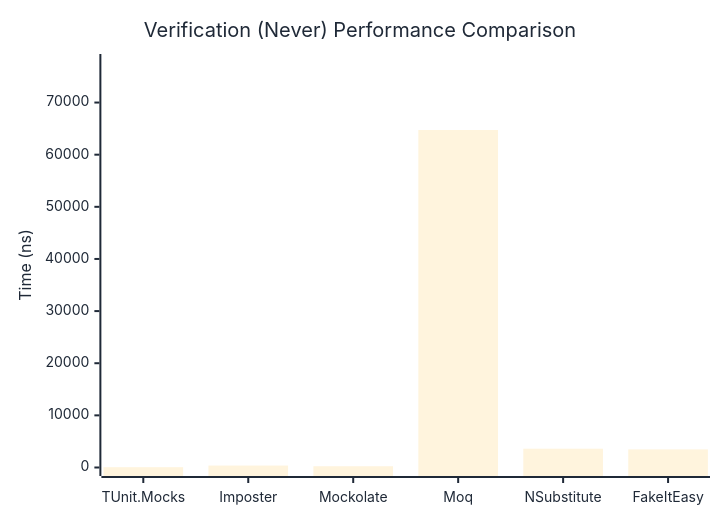
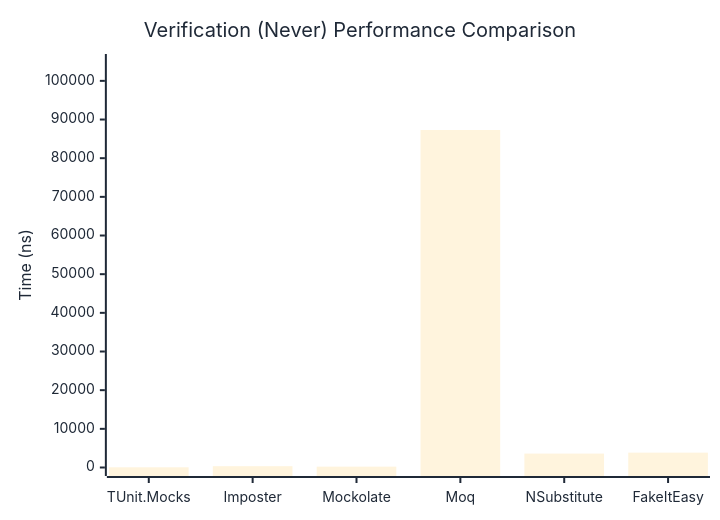
Before and after one commit to thomhurst/TUnit: the second of 3 diagrams in docs/docs/benchmarks/mocks/Verification.md, drawn with Mermaid. The commit also changed other lines of this file and 14 other files, not shown here.

````diff
--- a/docs/docs/benchmarks/mocks/Verification.md
+++ b/docs/docs/benchmarks/mocks/Verification.md
@@ -69,27 +69,27 @@
 ```mermaid
 %%{init: {
   'theme':'base',
   'themeVariables': {
     'primaryColor': '#2563eb',
     'primaryTextColor': '#1f2937',
     'primaryBorderColor': '#1e40af',
     'lineColor': '#6b7280',
     'secondaryColor': '#7c3aed',
     'tertiaryColor': '#dc2626',
     'background': '#ffffff',
     'pie1': '#2563eb',
     'pie2': '#7c3aed',
     'pie3': '#dc2626',
     'pie4': '#f59e0b',
     'pie5': '#10b981',
     'pie6': '#06b6d4',
     'pie7': '#ec4899',
     'pie8': '#6366f1'
   }
 }}%%
 xychart-beta
   title "Verification (Never) Performance Comparison"
   x-axis ["TUnit.Mocks", "Imposter", "Mockolate", "Moq", "NSubstitute", "FakeItEasy"]
-  y-axis "Time (ns)" 0 --> 77680
-  bar [60.27, 372, 242.41, 64732.95, 3604.65, 3473.55]
+  y-axis "Time (ns)" 0 --> 104748
+  bar [53.7, 340.83, 217.67, 87289.64, 3600.73, 3845.23]
 ```
````
